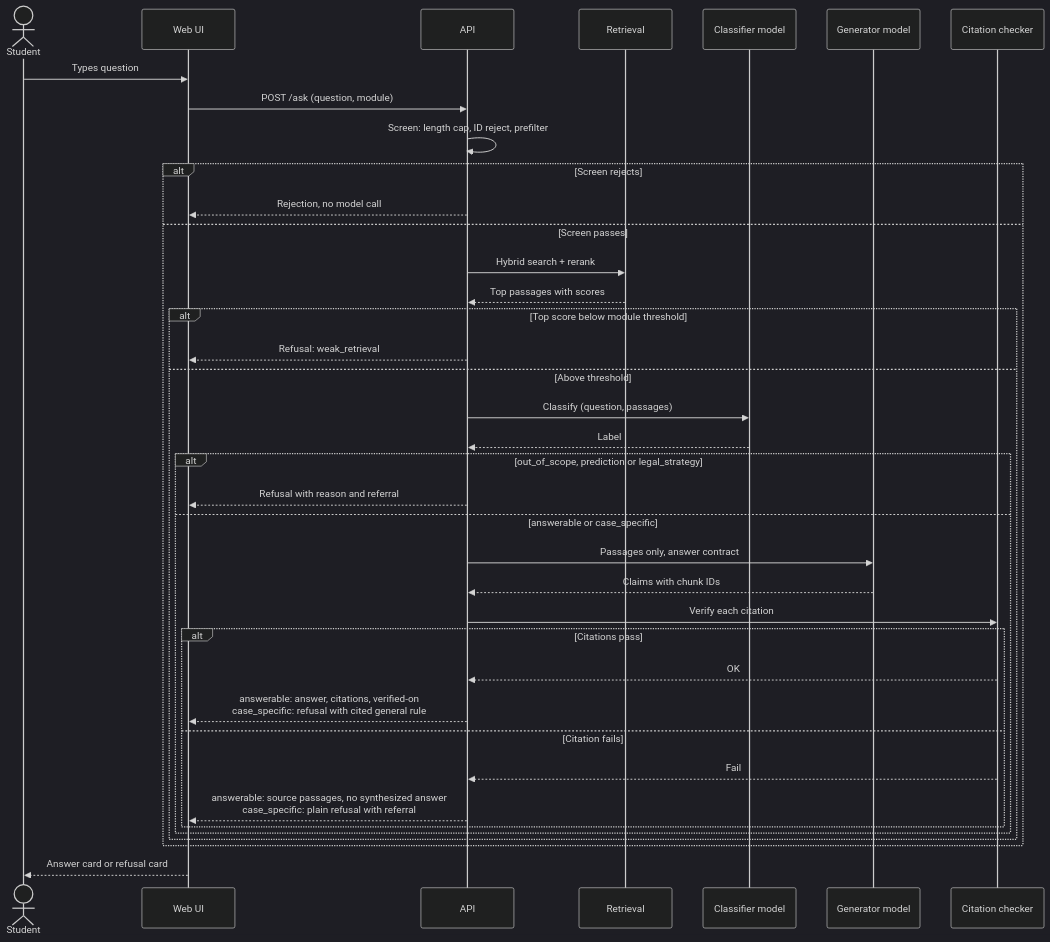
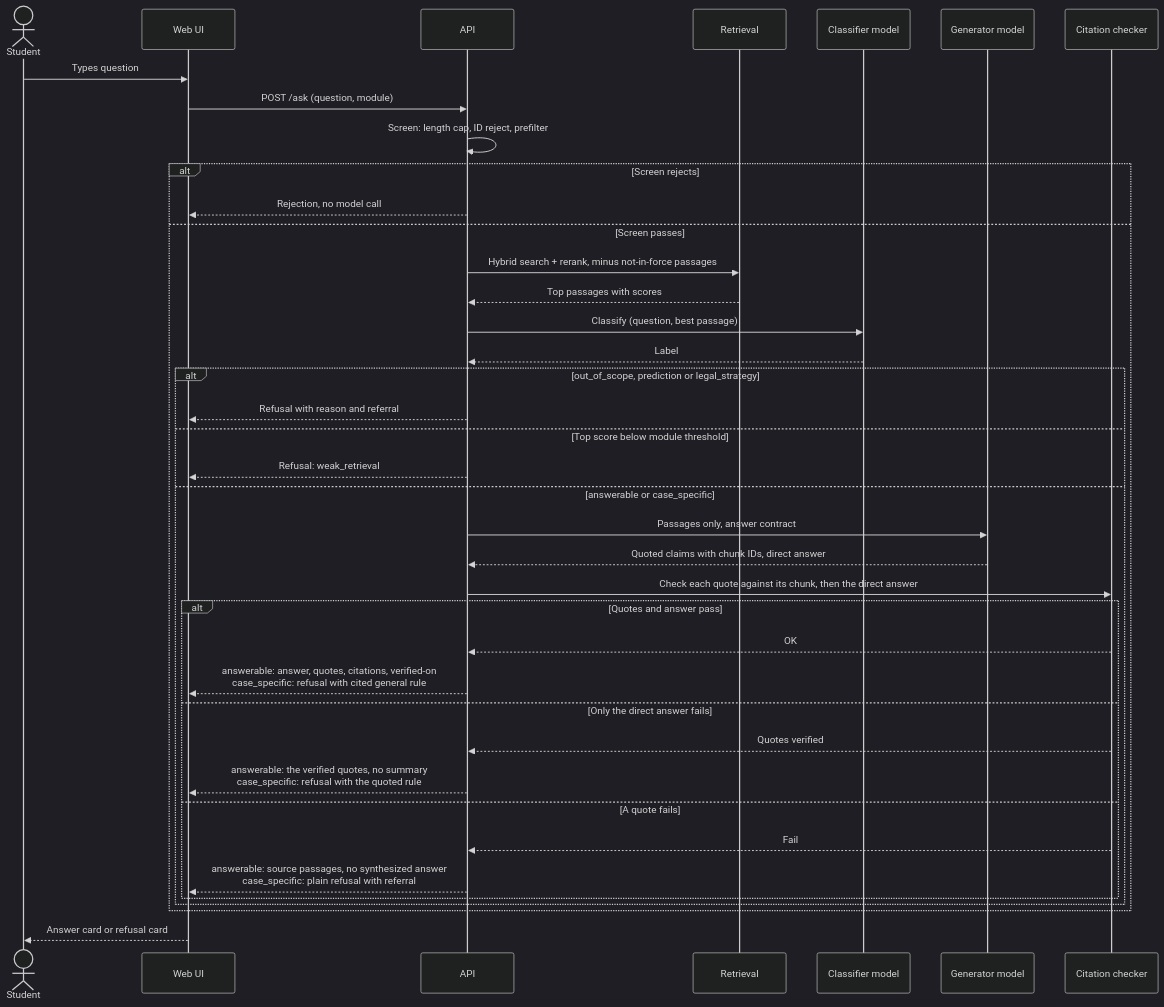
Before and after one commit to hemanta12/f1-waypoint: the fourth of 6 diagrams in docs/core/Architecture.md, drawn with Mermaid (dark theme). The commit also changed other lines of this file and 5 other files, not shown here.

````diff
--- a/docs/core/Architecture.md
+++ b/docs/core/Architecture.md
@@ -72,41 +75,42 @@
 ```mermaid
 sequenceDiagram
   actor U as Student
   participant W as Web UI
   participant A as API
   participant R as Retrieval
   participant K as Classifier model
   participant G as Generator model
   participant C as Citation checker
 
   U->>W: Types question
   W->>A: POST /ask (question, module)
   A->>A: Screen: length cap, ID reject, prefilter
   alt Screen rejects
     A-->>W: Rejection, no model call
   else Screen passes
-    A->>R: Hybrid search + rerank
+    A->>R: Hybrid search + rerank, minus not-in-force passages
     R-->>A: Top passages with scores
-    alt Top score below module threshold
+    A->>K: Classify (question, best passage)
+    K-->>A: Label
+    alt out_of_scope, prediction or legal_strategy
+      A-->>W: Refusal with reason and referral
+    else Top score below module threshold
       A-->>W: Refusal: weak_retrieval
-    else Above threshold
-      A->>K: Classify (question, passages)
-      K-->>A: Label
-      alt out_of_scope, prediction or legal_strategy
-        A-->>W: Refusal with reason and referral
-      else answerable or case_specific
-        A->>G: Passages only, answer contract
-        G-->>A: Claims with chunk IDs
-        A->>C: Verify each citation
-        alt Citations pass
-          C-->>A: OK
-          A-->>W: answerable: answer, citations, verified-on<br/>case_specific: refusal with cited general rule
-        else Citation fails
-          C-->>A: Fail
-          A-->>W: answerable: source passages, no synthesized answer<br/>case_specific: plain refusal with referral
-        end
+    else answerable or case_specific
+      A->>G: Passages only, answer contract
+      G-->>A: Quoted claims with chunk IDs, direct answer
+      A->>C: Check each quote against its chunk, then the direct answer
+      alt Quotes and answer pass
+        C-->>A: OK
+        A-->>W: answerable: answer, quotes, citations, verified-on<br/>case_specific: refusal with cited general rule
+      else Only the direct answer fails
+        C-->>A: Quotes verified
+        A-->>W: answerable: the verified quotes, no summary<br/>case_specific: refusal with the quoted rule
+      else A quote fails
+        C-->>A: Fail
+        A-->>W: answerable: source passages, no synthesized answer<br/>case_specific: plain refusal with referral
       end
     end
   end
   W-->>U: Answer card or refusal card
 ```
````
